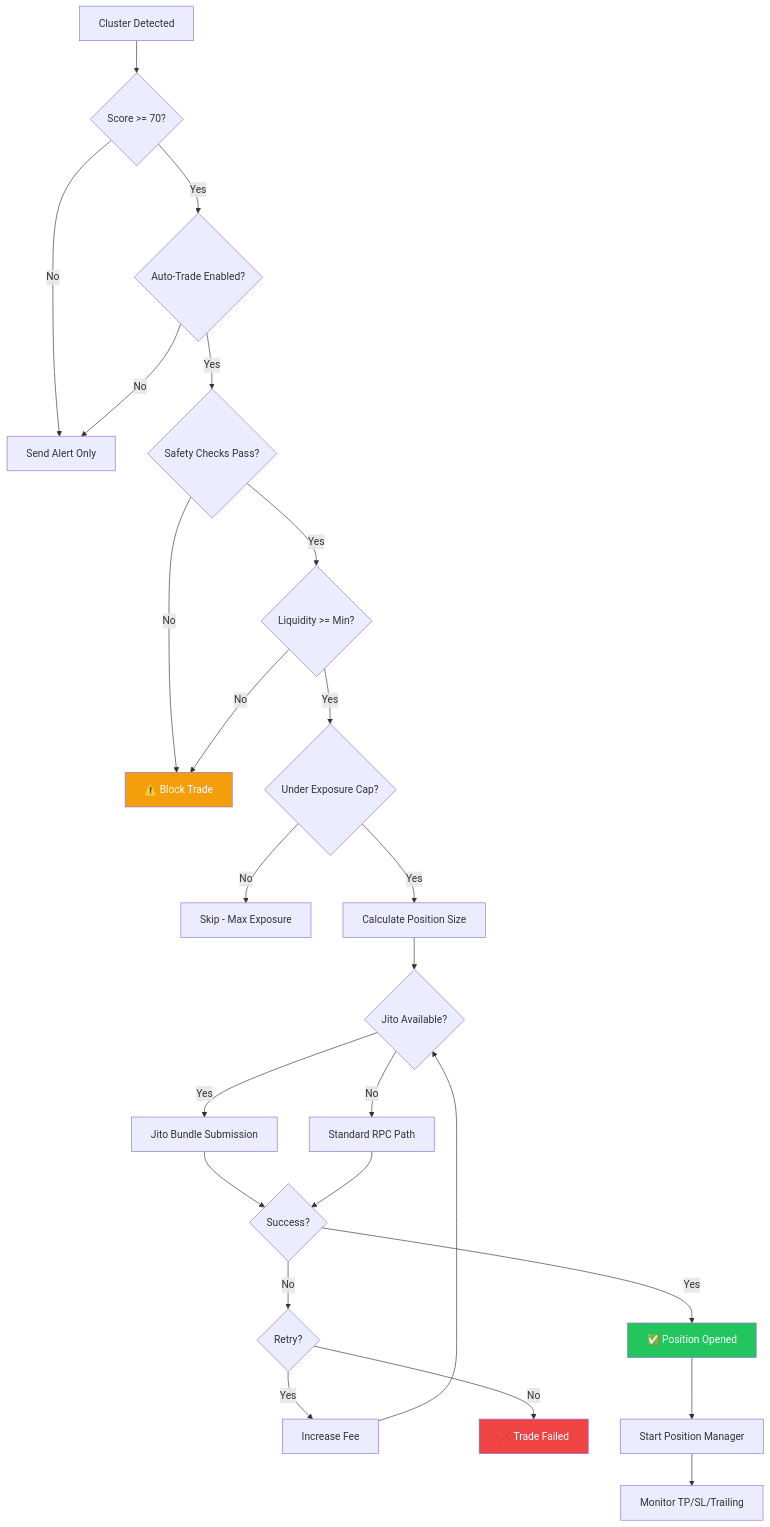
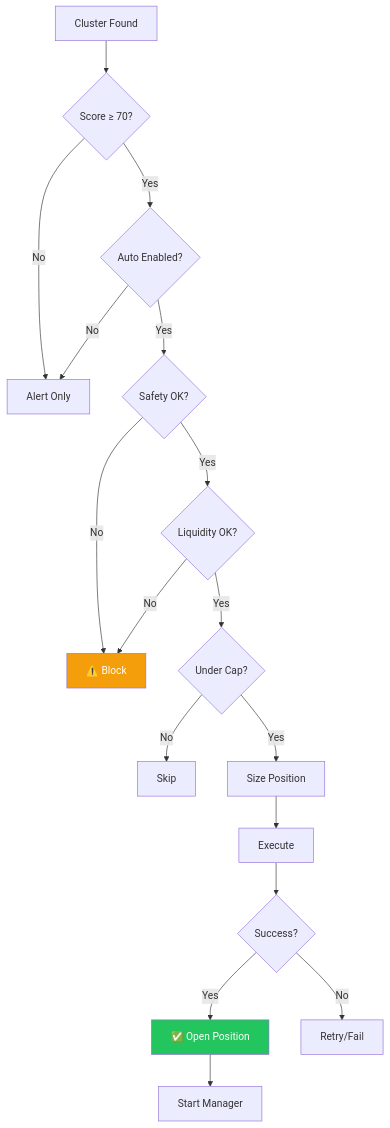
Before and after one commit to blablablasealsaresoft/pumpfun-intelligence: diagram 11 of 15 in README.md, drawn with Mermaid. The commit also changed other lines of this file, not shown here.

````diff
--- a/README.md
+++ b/README.md
@@ -714,39 +557,29 @@
 ```mermaid
 flowchart TD
-    A[Cluster Detected] --> B{Score >= 70?}
-    B -->|Yes| C{Auto-Trade Enabled?}
-    B -->|No| D[Send Alert Only]
+    A[Cluster Found] --> B{Score ≥ 70?}
+    B -->|No| C[Alert Only]
+    B -->|Yes| D{Auto Enabled?}
     
-    C -->|No| D
-    C -->|Yes| E{Safety Checks Pass?}
+    D -->|No| C
+    D -->|Yes| E{Safety OK?}
     
-    E -->|No| F[⚠️ Block Trade]
-    E -->|Yes| G{Liquidity >= Min?}
+    E -->|No| F[⚠️ Block]
+    E -->|Yes| G{Liquidity OK?}
     
     G -->|No| F
-    G -->|Yes| H{Under Exposure Cap?}
+    G -->|Yes| H{Under Cap?}
     
-    H -->|No| I[Skip - Max Exposure]
-    H -->|Yes| J[Calculate Position Size]
+    H -->|No| I[Skip]
+    H -->|Yes| J[Size Position]
     
-    J --> K{Jito Available?}
-    K -->|Yes| L[Jito Bundle Submission]
-    K -->|No| M[Standard RPC Path]
+    J --> K[Execute]
+    K --> L{Success?}
     
-    L --> N{Success?}
-    M --> N
-    
-    N -->|Yes| O[✅ Position Opened]
-    N -->|No| P{Retry?}
-    
-    P -->|Yes| Q[Increase Fee]
-    P -->|No| R[❌ Trade Failed]
-    Q --> K
+    L -->|Yes| M[✅ Open Position]
+    L -->|No| N[Retry/Fail]
 
-    O --> S[Start Position Manager]
-    S --> T[Monitor TP/SL/Trailing]
+    M --> O[Start Manager]
 
-    style O fill:#22c55e,color:#fff
-    style R fill:#ef4444,color:#fff
+    style M fill:#22c55e,color:#fff
     style F fill:#f59e0b,color:#fff
 ```
````
